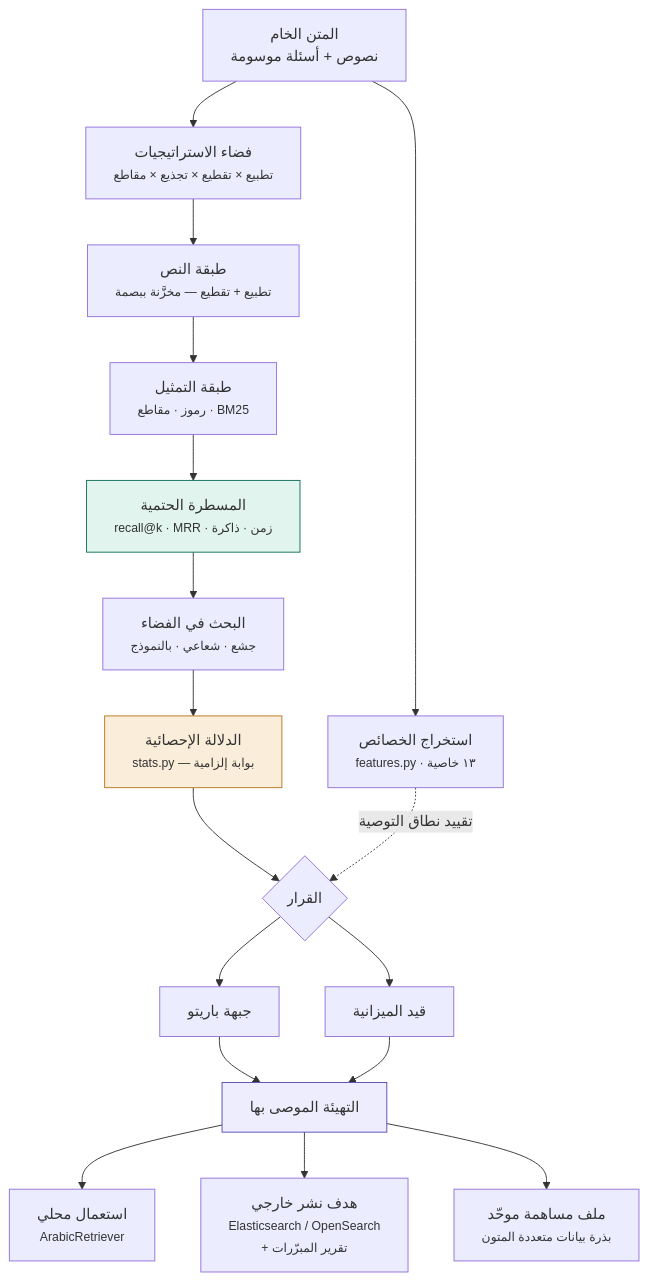
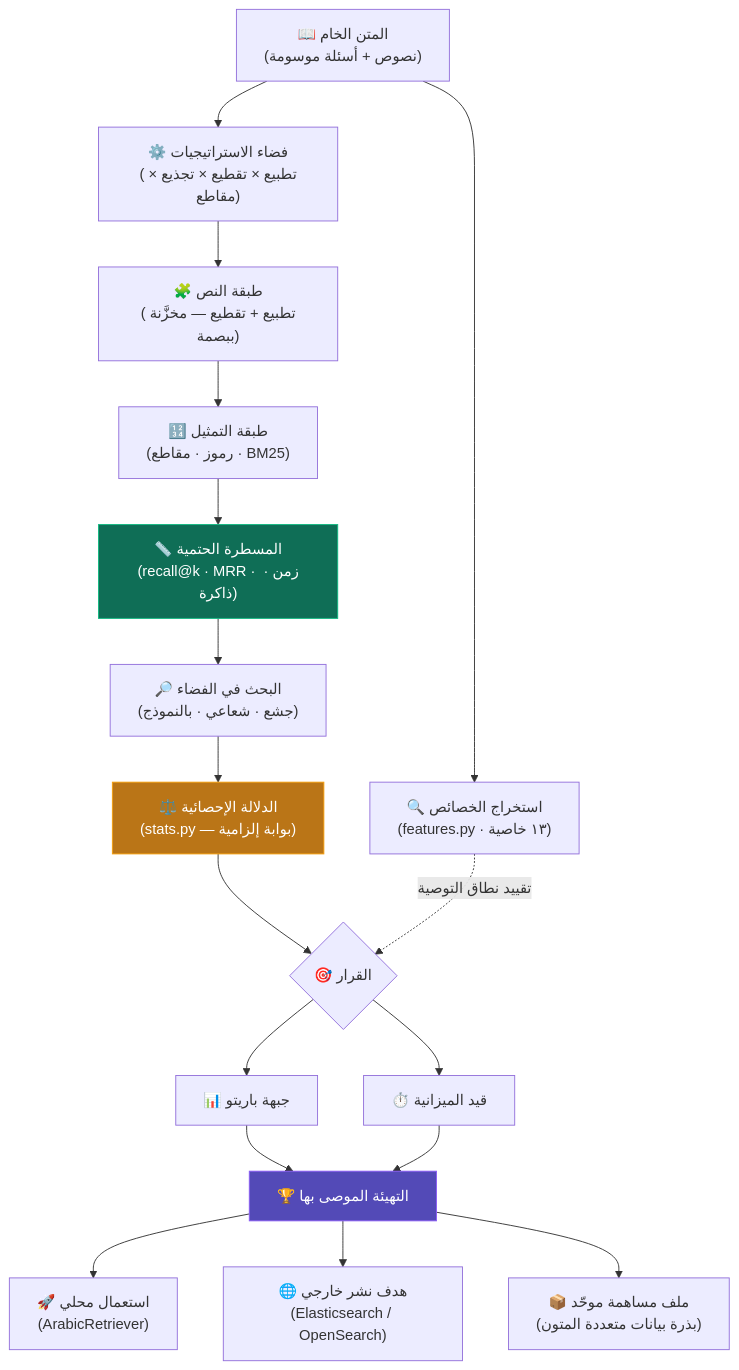
The diagram in DESIGN.md (gomoodh-droid/arabic-retrieval), drawn with Mermaid before and after one commit. The commit also changed other lines of this file and 1 other file, not shown here.

Commit message:
style: upgrade Mermaid diagrams to high-contrast multi-mode SVG format

````diff
--- a/DESIGN.md
+++ b/DESIGN.md
@@ -16,29 +16,29 @@
 ```mermaid
 flowchart TD
-    A["المتن الخام<br/>نصوص + أسئلة موسومة"]
+    A["📖 المتن الخام<br/>(نصوص + أسئلة موسومة)"]
 
-    A --> F["استخراج الخصائص<br/><small>features.py · ١٣ خاصية</small>"]
-    A --> S["فضاء الاستراتيجيات<br/><small>تطبيع × تقطيع × تجذيع × مقاطع</small>"]
+    A --> F["🔍 استخراج الخصائص<br/>(features.py · ١٣ خاصية)"]
+    A --> S["⚙️ فضاء الاستراتيجيات<br/>(تطبيع × تقطيع × تجذيع × مقاطع)"]
 
-    S --> T["طبقة النص<br/><small>تطبيع + تقطيع — مخزَّنة ببصمة</small>"]
-    T --> R["طبقة التمثيل<br/><small>رموز · مقاطع · BM25</small>"]
-    R --> M["المسطرة الحتمية<br/><small>recall@k · MRR · زمن · ذاكرة</small>"]
-    M --> B["البحث في الفضاء<br/><small>جشع · شعاعي · بالنموذج</small>"]
-    B --> ST["الدلالة الإحصائية<br/><small>stats.py — بوابة إلزامية</small>"]
+    S --> T["🧩 طبقة النص<br/>(تطبيع + تقطيع — مخزَّنة ببصمة)"]
+    T --> R["🔢 طبقة التمثيل<br/>(رموز · مقاطع · BM25)"]
+    R --> M["📏 المسطرة الحتمية<br/>(recall@k · MRR · زمن · ذاكرة)"]
+    M --> B["🔎 البحث في الفضاء<br/>(جشع · شعاعي · بالنموذج)"]
+    B --> ST["⚖️ الدلالة الإحصائية<br/>(stats.py — بوابة إلزامية)"]
 
-    ST --> D{"القرار"}
+    ST --> D{"🎯 القرار"}
     F -.->|"تقييد نطاق التوصية"| D
-    D --> P["جبهة باريتو"]
-    D --> BG["قيد الميزانية"]
+    D --> P["📊 جبهة باريتو"]
+    D --> BG["⏱️ قيد الميزانية"]
 
-    P --> W["التهيئة الموصى بها"]
+    P --> W["🏆 التهيئة الموصى بها"]
     BG --> W
 
-    W --> L["استعمال محلي<br/><small>ArabicRetriever</small>"]
-    W --> E["هدف نشر خارجي<br/><small>Elasticsearch / OpenSearch<br/>+ تقرير المبرّرات</small>"]
-    W --> C["ملف مساهمة موحّد<br/><small>بذرة بيانات متعددة المتون</small>"]
+    W --> L["🚀 استعمال محلي<br/>(ArabicRetriever)"]
+    W --> E["🌐 هدف نشر خارجي<br/>(Elasticsearch / OpenSearch)"]
+    W --> C["📦 ملف مساهمة موحّد<br/>(بذرة بيانات متعددة المتون)"]
 
-    style M fill:#E1F5EE,stroke:#0F6E56
-    style ST fill:#FAEEDA,stroke:#BA7517
-    style W fill:#EEEDFE,stroke:#534AB7
+    style M fill:#0F6E56,stroke:#10B981,color:#FFFFFF
+    style ST fill:#BA7517,stroke:#F59E0B,color:#FFFFFF
+    style W fill:#534AB7,stroke:#8B5CF6,color:#FFFFFF
 ```
````
